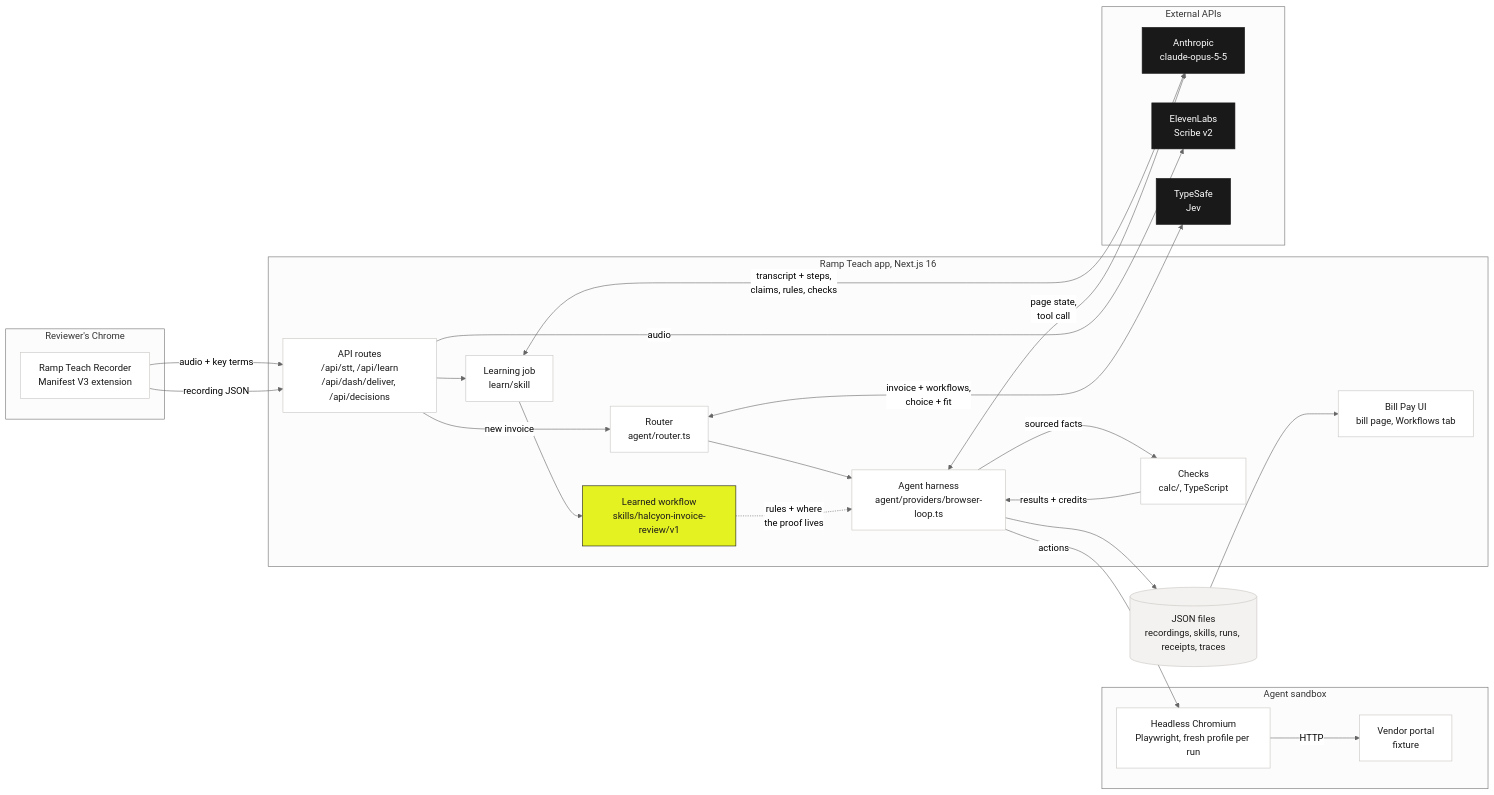
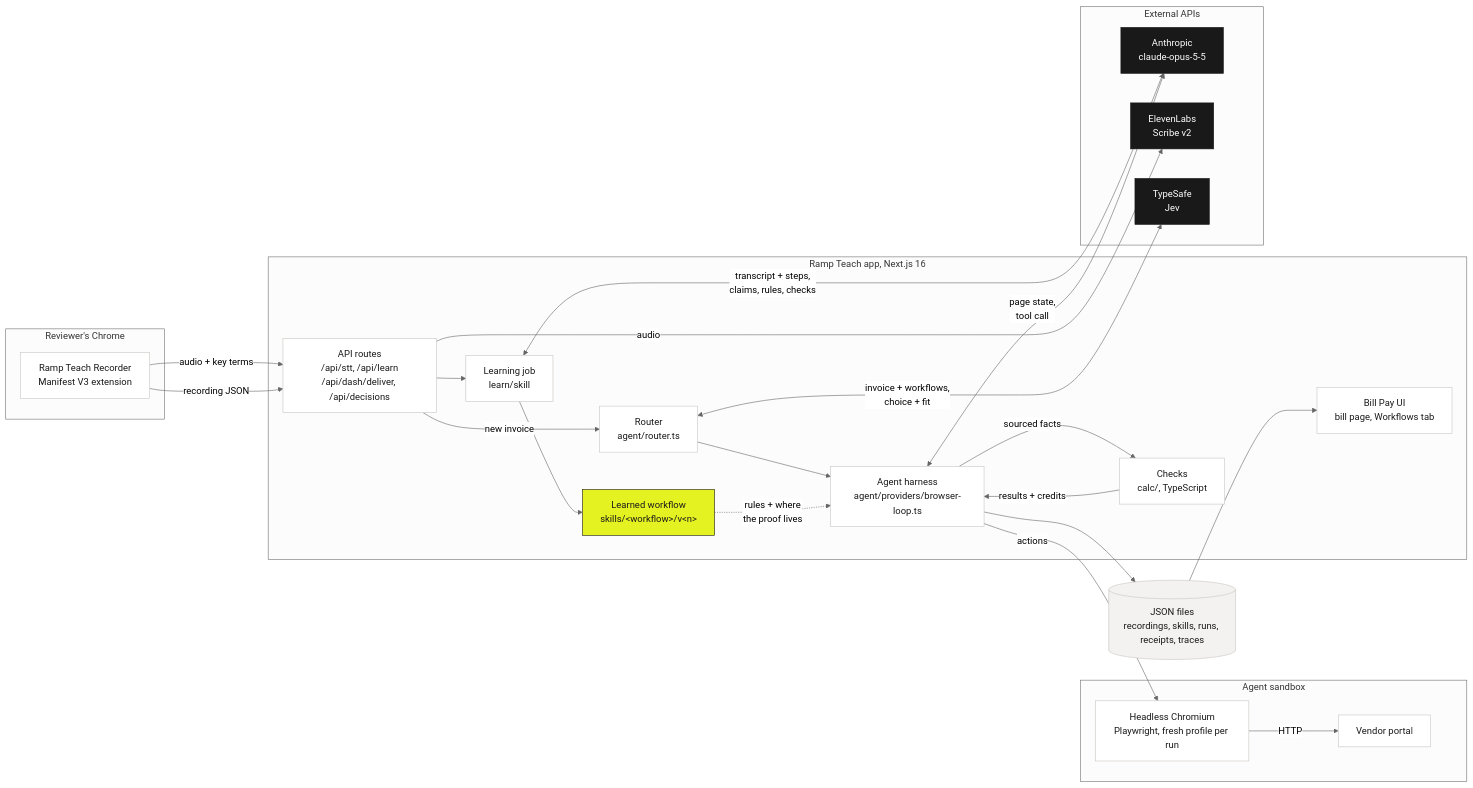
Before and after one commit to sahith-p/ramp-teach: the first of 5 diagrams in README.md, drawn with Mermaid (neutral theme). The commit also changed other lines of this file, not shown here.

First line of the commit message:
README: describe the system in general terms, without demo invoice data

````diff
--- a/README.md
+++ b/README.md
@@ -39,52 +39,52 @@
 ```mermaid
 flowchart LR
   classDef ext fill:#1a1919,color:#fff,stroke:#1a1919
   classDef app fill:#ffffff,color:#1a1919,stroke:#c9c6c2
   classDef key fill:#E4F222,color:#1a1919,stroke:#1a1919
   classDef store fill:#f4f2f0,color:#1a1919,stroke:#c9c6c2
 
   subgraph BROWSER["Reviewer's Chrome"]
     EXT["Ramp Teach Recorder<br/>Manifest V3 extension"]:::app
   end
 
   subgraph APP["Ramp Teach app, Next.js 16"]
     API["API routes<br/>/api/stt, /api/learn<br/>/api/dash/deliver, /api/decisions"]:::app
     LEARN["Learning job<br/>learn/skill"]:::app
-    SKILL["Learned workflow<br/>skills/halcyon-invoice-review/v1"]:::key
+    SKILL["Learned workflow<br/>skills/&lt;workflow&gt;/v&lt;n&gt;"]:::key
     ROUTER["Router<br/>agent/router.ts"]:::app
     HARNESS["Agent harness<br/>agent/providers/browser-loop.ts"]:::app
     CALC["Checks<br/>calc/, TypeScript"]:::app
     UI["Bill Pay UI<br/>bill page, Workflows tab"]:::app
   end
 
   subgraph SANDBOX["Agent sandbox"]
     CHROMIUM["Headless Chromium<br/>Playwright, fresh profile per run"]:::app
-    PORTAL["Vendor portal<br/>fixture"]:::app
+    PORTAL["Vendor portal"]:::app
   end
 
   subgraph EXTERNAL["External APIs"]
     CLAUDE["Anthropic<br/>claude-opus-5-5"]:::ext
     EL["ElevenLabs<br/>Scribe v2"]:::ext
     JEV["TypeSafe<br/>Jev"]:::ext
   end
 
   DISK[("JSON files<br/>recordings, skills, runs, receipts, traces")]:::store
 
   EXT -->|"audio + key terms"| API
   API -->|"audio"| EL
   EXT -->|"recording JSON"| API
   API --> LEARN
   LEARN <-->|"transcript + steps,<br/>claims, rules, checks"| CLAUDE
   LEARN --> SKILL
   API -->|"new invoice"| ROUTER
   ROUTER <-->|"invoice + workflows,<br/>choice + fit"| JEV
   ROUTER --> HARNESS
   SKILL -.->|"rules + where<br/>the proof lives"| HARNESS
   HARNESS <-->|"page state,<br/>tool call"| CLAUDE
   HARNESS -->|"actions"| CHROMIUM
   CHROMIUM -->|"HTTP"| PORTAL
   HARNESS -->|"sourced facts"| CALC
   CALC -->|"results + credits"| HARNESS
   HARNESS --> DISK
   DISK --> UI
 ```
````
